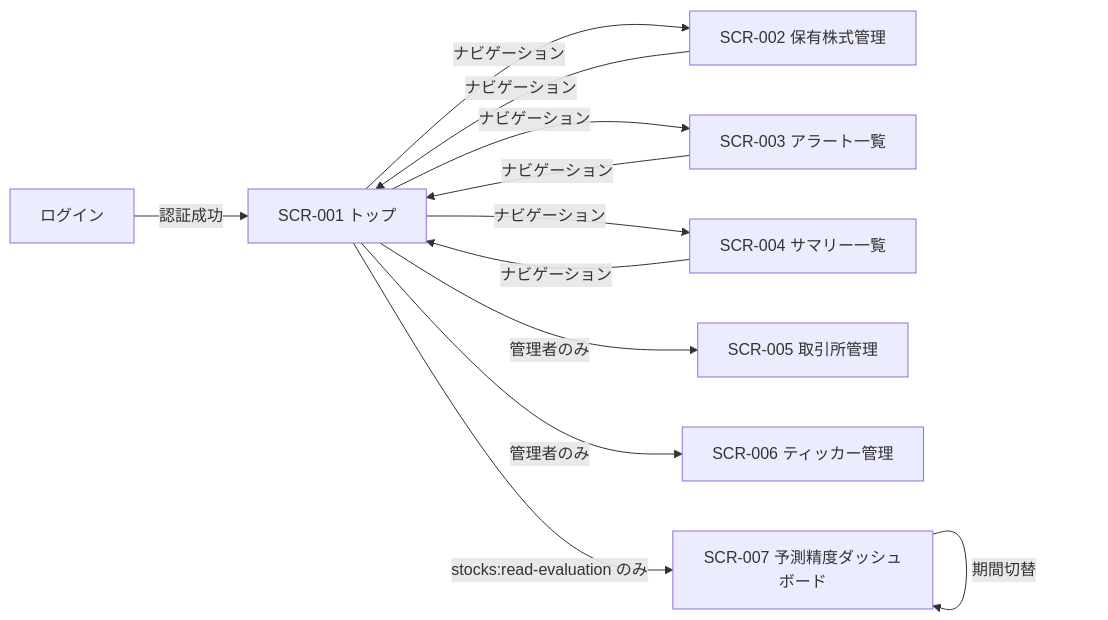
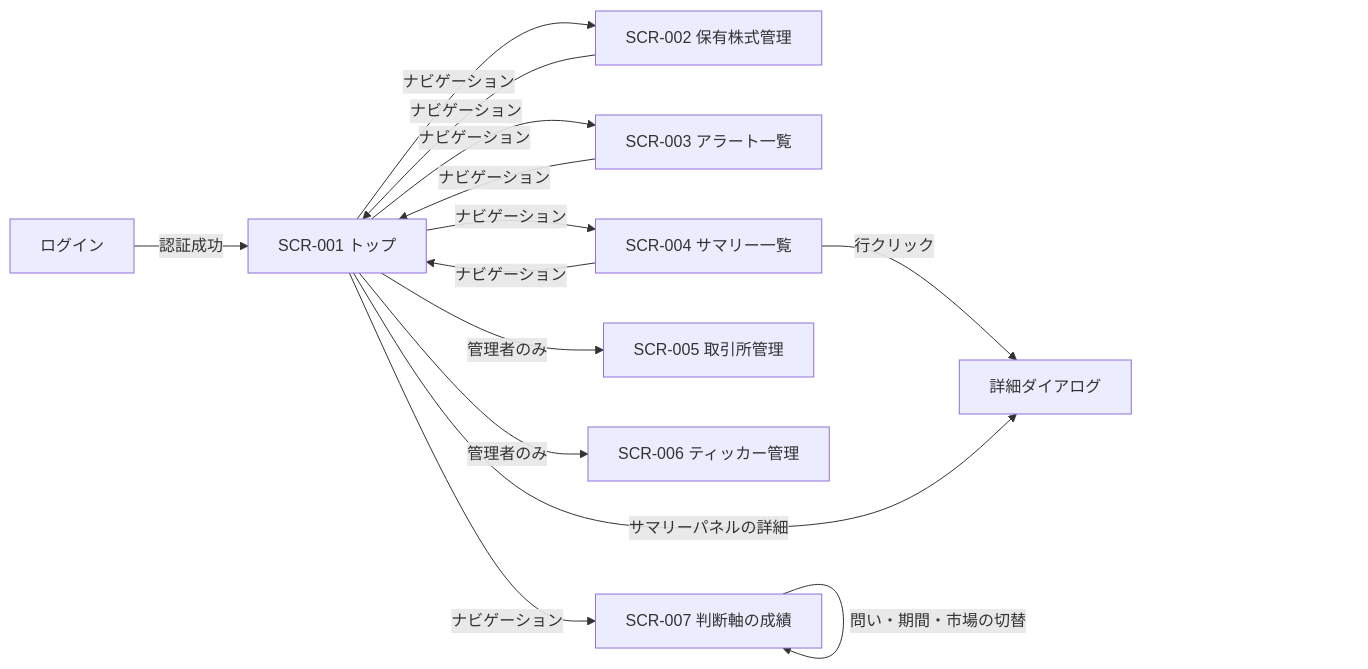
Before and after one commit to nagiyu/nagiyu-platform: the first of 2 diagrams in docs/services/stock-tracker/external-design.md, drawn with Mermaid. The commit also changed other lines of this file and 23 other files, not shown here.

````diff
--- a/docs/services/stock-tracker/external-design.md
+++ b/docs/services/stock-tracker/external-design.md
@@ -19,14 +19,16 @@
 ```mermaid
 graph LR
     Login[ログイン] -->|認証成功| Top[SCR-001 トップ]
     Top -->|ナビゲーション| Holdings[SCR-002 保有株式管理]
     Top -->|ナビゲーション| Alerts[SCR-003 アラート一覧]
     Top -->|ナビゲーション| Summaries[SCR-004 サマリー一覧]
     Top -->|管理者のみ| Exchanges[SCR-005 取引所管理]
     Top -->|管理者のみ| Tickers[SCR-006 ティッカー管理]
-    Top -->|stocks:read-evaluation のみ| PredEval[SCR-007 予測精度ダッシュボード]
+    Top -->|ナビゲーション| Perf[SCR-007 判断軸の成績]
     Holdings -->|ナビゲーション| Top
     Alerts -->|ナビゲーション| Top
     Summaries -->|ナビゲーション| Top
-    PredEval -->|期間切替| PredEval
+    Summaries -->|行クリック| Detail[詳細ダイアログ]
+    Top -->|サマリーパネルの詳細| Detail
+    Perf -->|問い・期間・市場の切替| Perf
 ```
````
